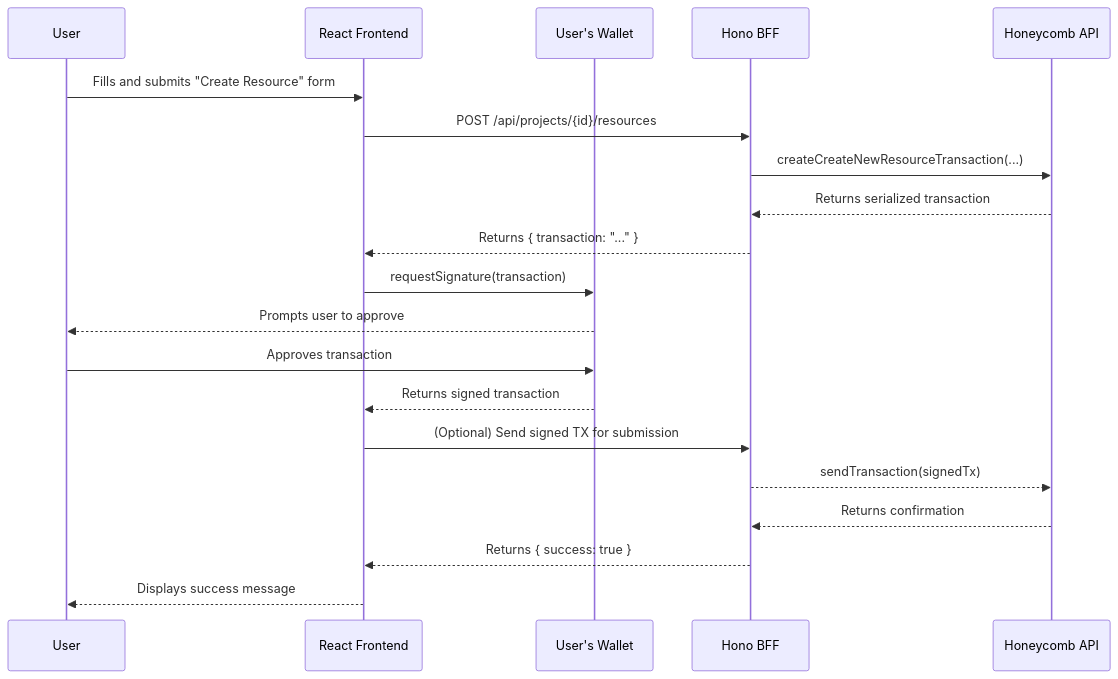
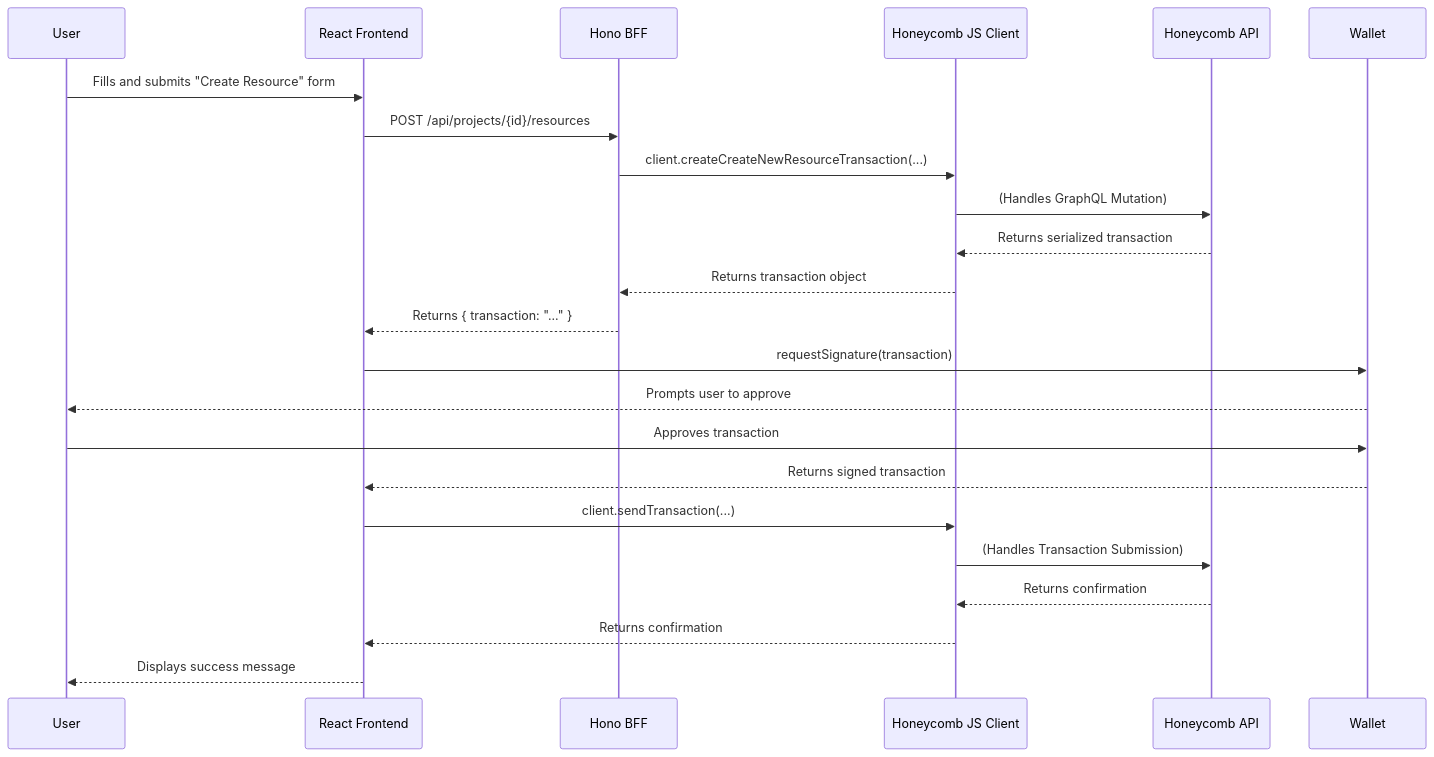
The second of 2 diagrams in docs/architecture.md (balojey/honeycomb-dashboard), drawn with Mermaid before and after one commit. The commit also changed other lines of this file and 3 other files, not shown here.

````diff
--- a/docs/architecture.md
+++ b/docs/architecture.md
@@ -211,23 +214,27 @@
 ```mermaid
 sequenceDiagram
     participant User
     participant Frontend as React Frontend
-    participant Wallet as User's Wallet
     participant BFF as Hono BFF
+    participant JS_Client as Honeycomb JS Client
     participant HPL_API as Honeycomb API
 
     User->>Frontend: Fills and submits "Create Resource" form
     Frontend->>BFF: POST /api/projects/{id}/resources
-    BFF->>HPL_API: createCreateNewResourceTransaction(...)
-    HPL_API-->>BFF: Returns serialized transaction
+    BFF->>JS_Client: client.createCreateNewResourceTransaction(...)
+    JS_Client->>HPL_API: (Handles GraphQL Mutation)
+    HPL_API-->>JS_Client: Returns serialized transaction
+    JS_Client-->>BFF: Returns transaction object
     BFF-->>Frontend: Returns { transaction: "..." }
+    
+    %% Signing flow remains the same %%
     Frontend->>Wallet: requestSignature(transaction)
     Wallet-->>User: Prompts user to approve
     User->>Wallet: Approves transaction
     Wallet-->>Frontend: Returns signed transaction
-    Frontend->>BFF: (Optional) Send signed TX for submission
-    BFF-->>HPL_API: sendTransaction(signedTx)
-    HPL_API-->>BFF: Returns confirmation
-    BFF-->>Frontend: Returns { success: true }
+    Frontend->>JS_Client: client.sendTransaction(...)
+    JS_Client->>HPL_API: (Handles Transaction Submission)
+    HPL_API-->>JS_Client: Returns confirmation
+    JS_Client-->>Frontend: Returns confirmation
     Frontend-->>User: Displays success message
 ```
````
